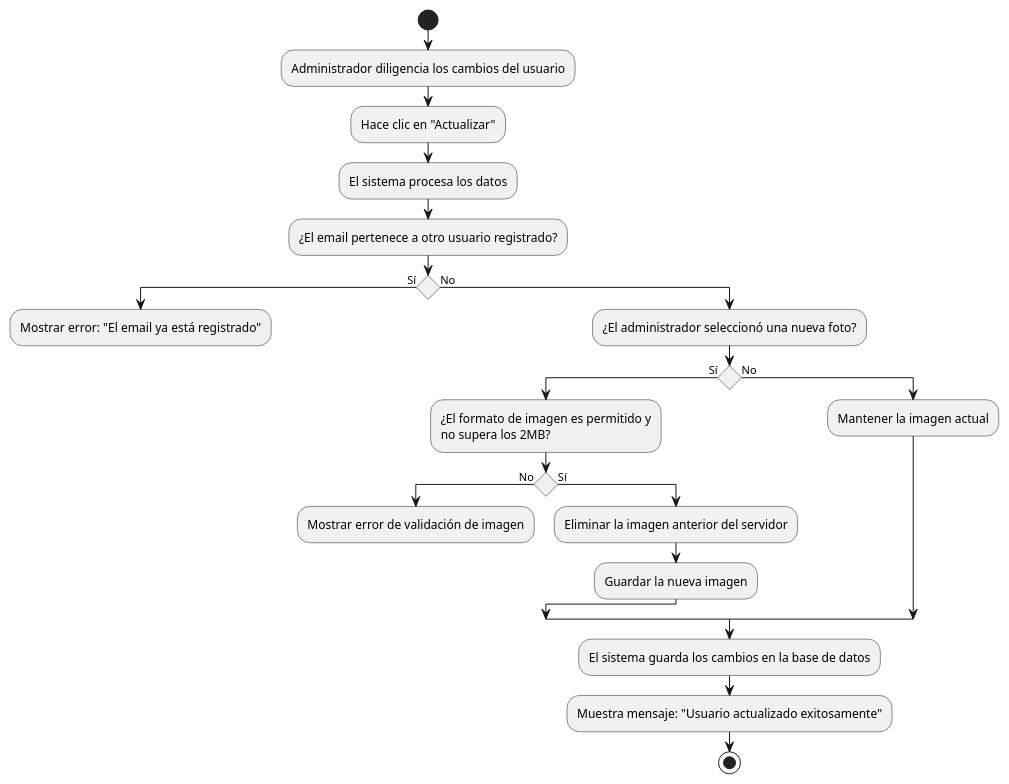
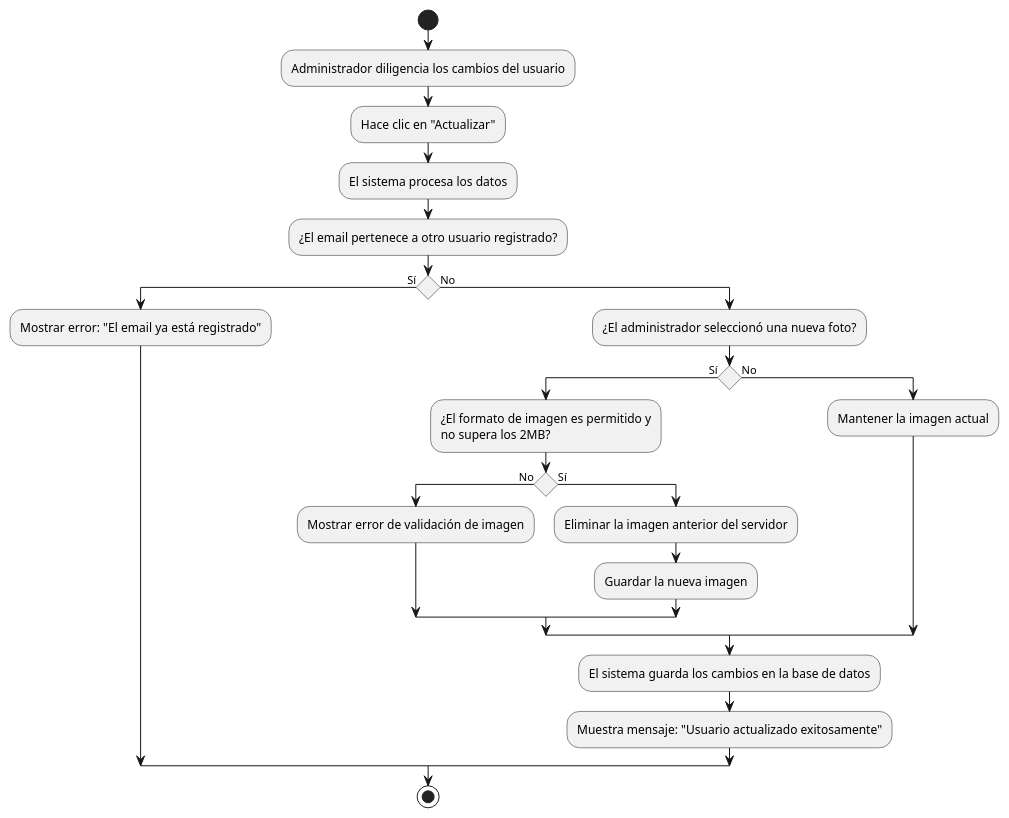
One commit to MasterErrorCLONE04/SIGERD.1.0 changed the diagram in document/diagrama_actividades/ADM/ADM-11.md. Above: the diagram before and after it, drawn with PlantUML. The commit also changed 28 other files, not shown here.

````diff
--- a/document/diagrama_actividades/ADM/ADM-11.md
+++ b/document/diagrama_actividades/ADM/ADM-11.md
@@ -18,37 +18,35 @@
 ```plantuml
 @startuml
 skinparam ConditionEndStyle hline
 
 start
 
 :Administrador diligencia los cambios del usuario;
 :Hace clic en "Actualizar";
 
 :El sistema procesa los datos;
 
 :¿El email pertenece a otro usuario registrado?;
 if () then (Sí)
   :Mostrar error: "El email ya está registrado";
-  kill
 else (No)
   :¿El administrador seleccionó una nueva foto?;
   if () then (Sí)
     :¿El formato de imagen es permitido y\nno supera los 2MB?;
     if () then (No)
       :Mostrar error de validación de imagen;
-      kill
     else (Sí)
       :Eliminar la imagen anterior del servidor;
       :Guardar la nueva imagen;
     endif
   else (No)
     :Mantener la imagen actual;
   endif
   
   :El sistema guarda los cambios en la base de datos;
   :Muestra mensaje: "Usuario actualizado exitosamente";
-  stop
 endif
 
+stop
 @enduml
 ```
````
